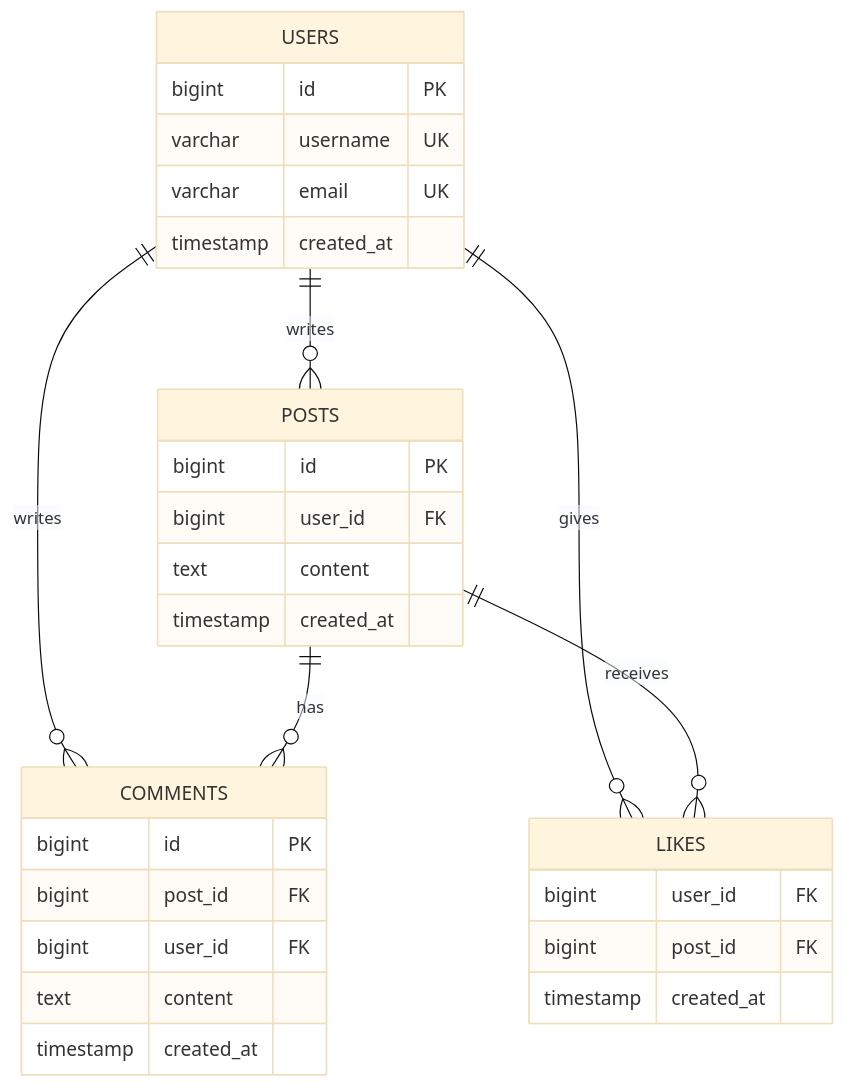
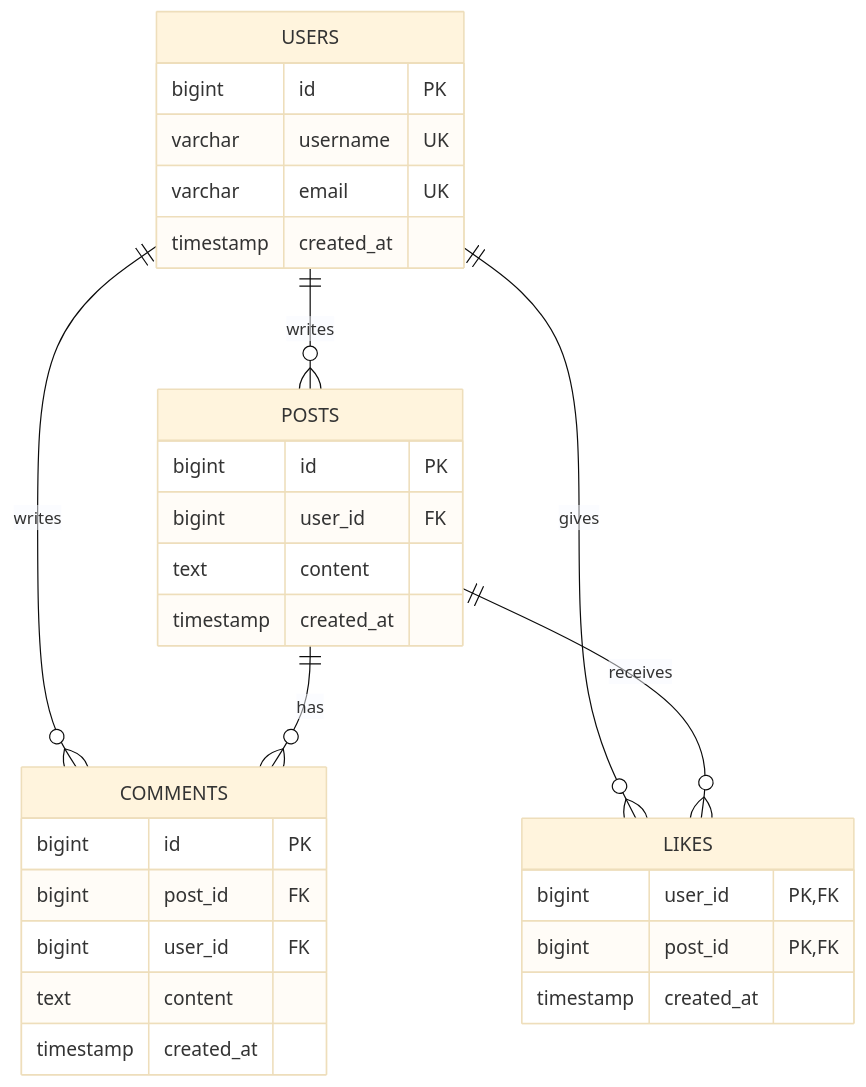
The third of 4 diagrams in hld/09-data-modelling.md (aaryan-pradhan/core-cs-fundamentals), drawn with Mermaid (base theme) before and after one commit. The commit also changed other lines of this file, not shown here.

````diff
--- a/hld/09-data-modelling.md
+++ b/hld/09-data-modelling.md
@@ -90,32 +90,32 @@
 ```mermaid
 erDiagram
     USERS ||--o{ POSTS : writes
     USERS ||--o{ COMMENTS : writes
     USERS ||--o{ LIKES : gives
     POSTS ||--o{ COMMENTS : has
     POSTS ||--o{ LIKES : receives
     USERS {
         bigint id PK
         varchar username UK
         varchar email UK
         timestamp created_at
     }
     POSTS {
         bigint id PK
         bigint user_id FK
         text content
         timestamp created_at
     }
     COMMENTS {
         bigint id PK
         bigint post_id FK
         bigint user_id FK
         text content
         timestamp created_at
     }
     LIKES {
-        bigint user_id FK
-        bigint post_id FK
+        bigint user_id PK, FK
+        bigint post_id PK, FK
         timestamp created_at
     }
 ```
````
